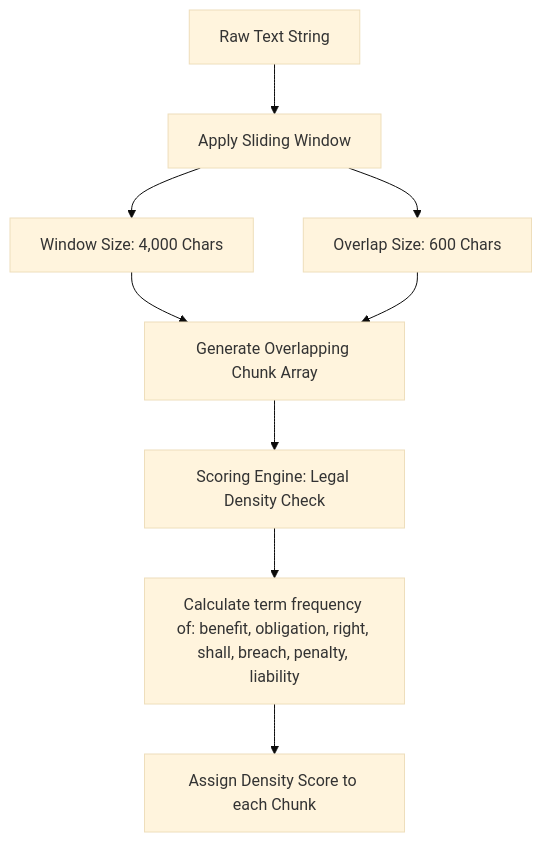
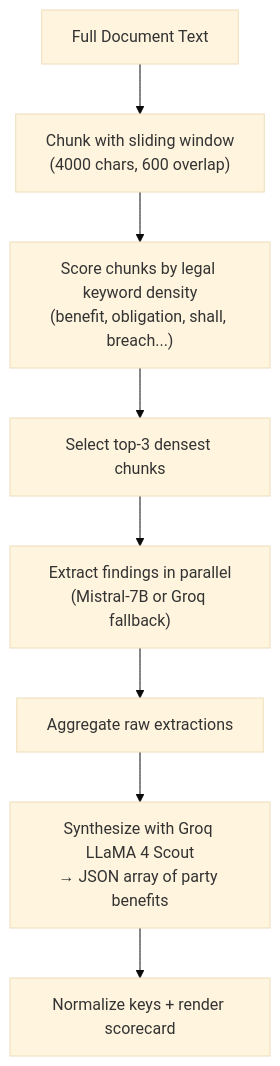
The third of 3 diagrams in README.md (ISHAN12369/contractIQ), drawn with Mermaid (base theme) before and after one commit. The commit also changed other lines of this file and 3 other files, not shown here.

Commit message:
chore: clean up repo and rewrite README for full RAG architecture. Remove old HF Spaces Dockerfile, .gitattributes, sync workflow. Add comprehensive RAG pipeline docs with Mermaid diagrams, architecture overview, and deployment guide.

````diff
--- a/README.md
+++ b/README.md
@@ -83,10 +116,10 @@
 ```mermaid
 graph TD
-    A[Raw Text String] --> B[Apply Sliding Window]
-    B --> C[Window Size: 4,000 Chars]
-    B --> D[Overlap Size: 600 Chars]
-    C & D --> E[Generate Overlapping Chunk Array]
-    E --> F[Scoring Engine: Legal Density Check]
-    F --> G["Calculate term frequency of: benefit, obligation, right, shall, breach, penalty, liability"]
-    G --> H[Assign Density Score to each Chunk]
+    A[Full Document Text] --> B["Chunk with sliding window<br/>(4000 chars, 600 overlap)"]
+    B --> C["Score chunks by legal keyword density<br/>(benefit, obligation, shall, breach...)"]
+    C --> D["Select top-3 densest chunks"]
+    D --> E["Extract findings in parallel<br/>(Mistral-7B or Groq fallback)"]
+    E --> F["Aggregate raw extractions"]
+    F --> G["Synthesize with Groq LLaMA 4 Scout<br/>→ JSON array of party benefits"]
+    G --> H["Normalize keys + render scorecard"]
 ```
````
